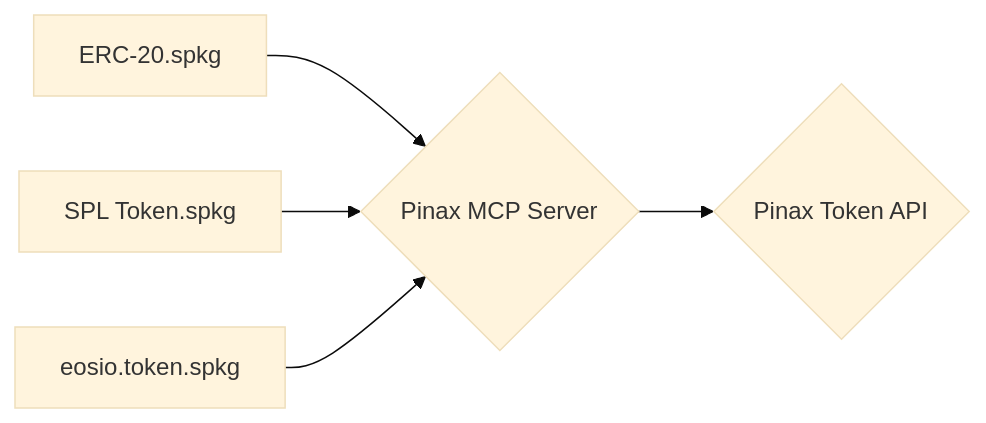
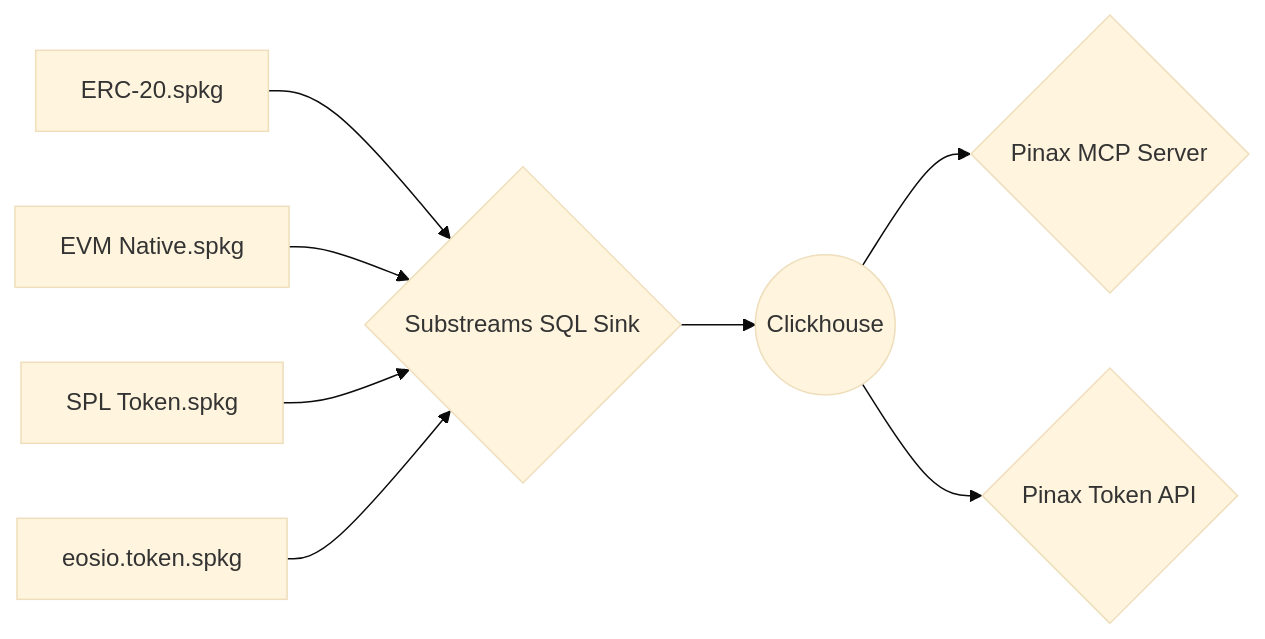
Before and after one commit to pinax-network/token-api: the diagram in README.md, drawn with Mermaid (base theme). The commit also changed other lines of this file, not shown here.

Commit message:
update diagram

````diff
--- a/README.md
+++ b/README.md
@@ -9,7 +9,10 @@
 ```mermaid
 flowchart LR
-  S1[ERC-20.spkg] --> Server
-  S2[SPL Token.spkg] --> Server
-  S3[eosio.token.spkg] --> Server
-  Server{Pinax MCP Server} --> API{Pinax Token API}
+  S1[ERC-20.spkg] --> Sink{Substreams SQL Sink}
+  S2[EVM Native.spkg] --> Sink
+  S3[SPL Token.spkg] --> Sink
+  S4[eosio.token.spkg] --> Sink
+  Sink --> Clickhouse
+  Clickhouse((Clickhouse)) --> Server{Pinax MCP Server}
+  Clickhouse --> API{Pinax Token API}
 ```
````
